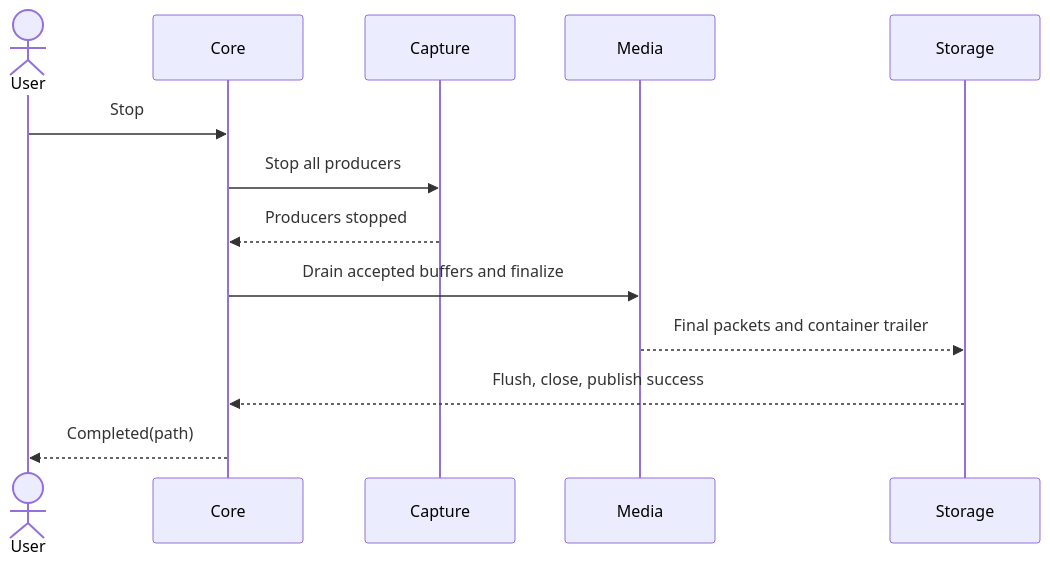
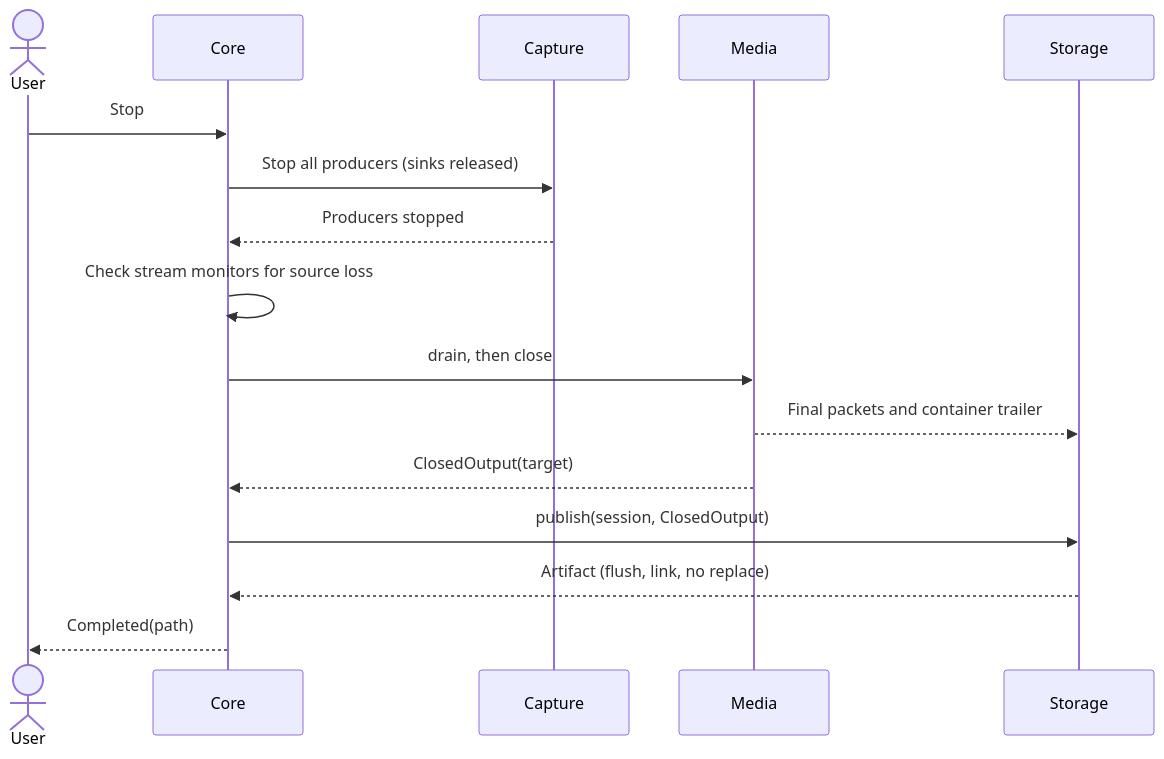
Before and after one commit to Danny4927/framelet-recorder: the third of 3 diagrams in docs/architecture/arc42.md, drawn with Mermaid. The commit also changed other lines of this file and 27 other files, not shown here.

First line of the commit message:
core: bounded data plane, storage/media hand-off and contract suites (A-7, A-8)

```diff
--- a/docs/architecture/arc42.md
+++ b/docs/architecture/arc42.md
@@ -200,15 +209,18 @@
 ~~~mermaid
 sequenceDiagram
   actor User
   participant Core
   participant Capture
   participant Media
   participant Storage
   User->>Core: Stop
-  Core->>Capture: Stop all producers
+  Core->>Capture: Stop all producers (sinks released)
   Capture-->>Core: Producers stopped
-  Core->>Media: Drain accepted buffers and finalize
+  Core->>Core: Check stream monitors for source loss
+  Core->>Media: drain, then close
   Media-->>Storage: Final packets and container trailer
-  Storage-->>Core: Flush, close, publish success
+  Media-->>Core: ClosedOutput(target)
+  Core->>Storage: publish(session, ClosedOutput)
+  Storage-->>Core: Artifact (flush, link, no replace)
   Core-->>User: Completed(path)
 ~~~
```
